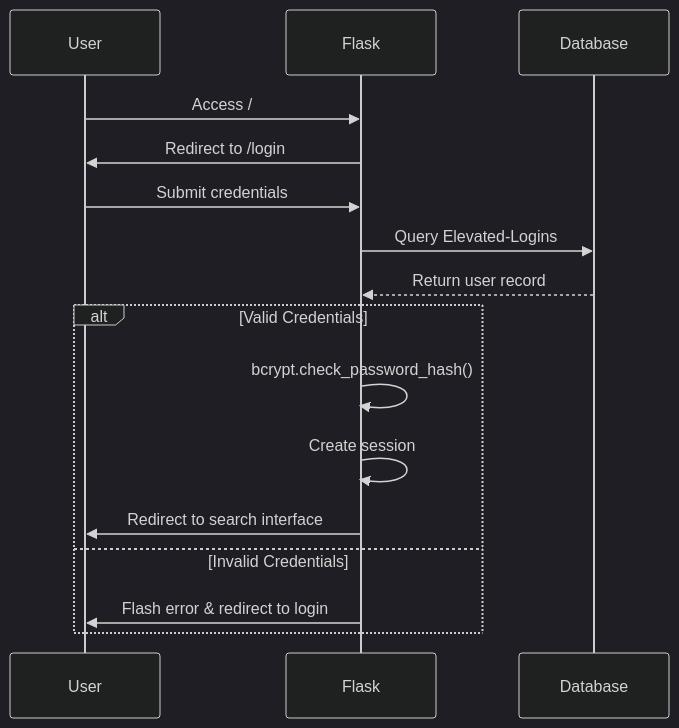
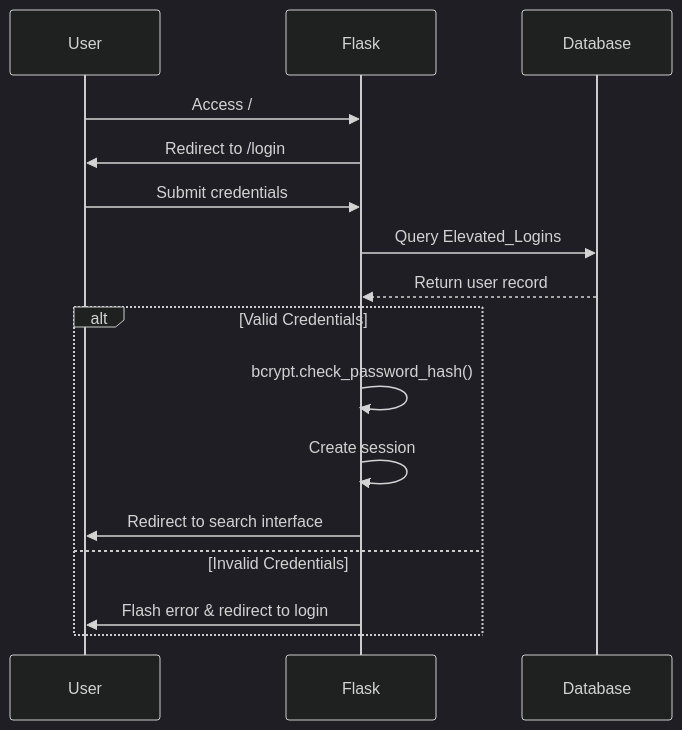
Before and after one commit to sboggsEHL/Mail_Machine: the seventh of 10 diagrams in OriginalSystemDocs.md, drawn with Mermaid (dark theme). The commit also changed other lines of this file and 1 other file, not shown here.

````diff
--- a/OriginalSystemDocs.md
+++ b/OriginalSystemDocs.md
@@ -500,20 +500,20 @@
 ```mermaid
 sequenceDiagram
     participant User
     participant Flask
     participant Database
     
     User->>Flask: Access /
     Flask->>User: Redirect to /login
     User->>Flask: Submit credentials
-    Flask->>Database: Query Elevated-Logins
+    Flask->>Database: Query Elevated_Logins
     Database-->>Flask: Return user record
     
     alt Valid Credentials
         Flask->>Flask: bcrypt.check_password_hash()
         Flask->>Flask: Create session
         Flask->>User: Redirect to search interface
     else Invalid Credentials
         Flask->>User: Flash error & redirect to login
     end
 ```
````
